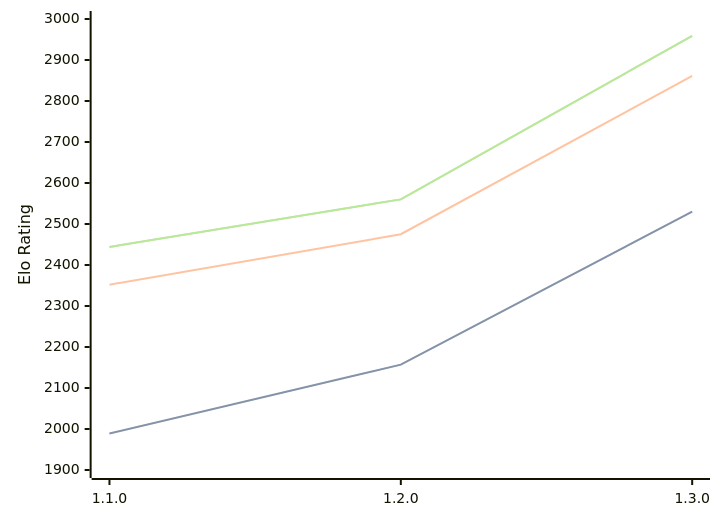
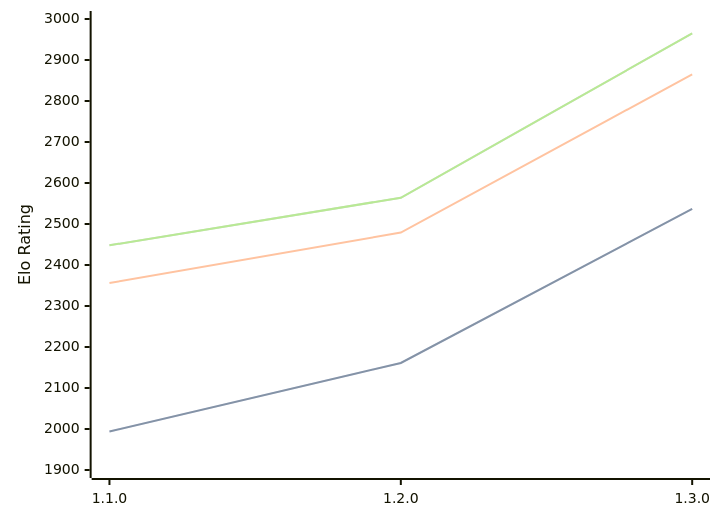
Before and after one commit to computer-chess-index/cci: the diagram in engines/Gyatso.md, drawn with Mermaid. The commit also changed other lines of this file, not shown here.

Commit message:
Update CCI Ratings (ELO VLTC) - 2026-04-18

````diff
--- a/engines/Gyatso.md
+++ b/engines/Gyatso.md
@@ -34,11 +34,11 @@
 ```mermaid
 %%{init: {"theme":"base","themeVariables":{"seriesColors:['#a3a3a3','#222221','#faa371']}}}%%
 xychart-beta
   x-axis ["1.1.0", "1.2.0", "1.3.0"]
   y-axis "Elo Rating" 1900 --> 3000
-  line "STC (8.0+0.08s)" [1989, 2157, 2530]
-  line "STC (8.0+0.08s)" [1989, 2157, 2530]
-  line "LTC (60.0+0.60s)" [2352, 2475, 2861]
-  line "VLTC (2m24s+1.12s)" [2444, 2560, 2959]
-  line "VLTC (2m24s+1.12s)" [2444, 2560, 2959]
+  line "STC (8.0+0.08s)" [1994, 2161, 2537]
+  line "STC (8.0+0.08s)" [1994, 2161, 2537]
+  line "LTC (60.0+0.60s)" [2356, 2479, 2865]
+  line "VLTC (2m24s+1.12s)" [2448, 2564, 2965]
+  line "VLTC (2m24s+1.12s)" [2448, 2564, 2965]
 ```
````
